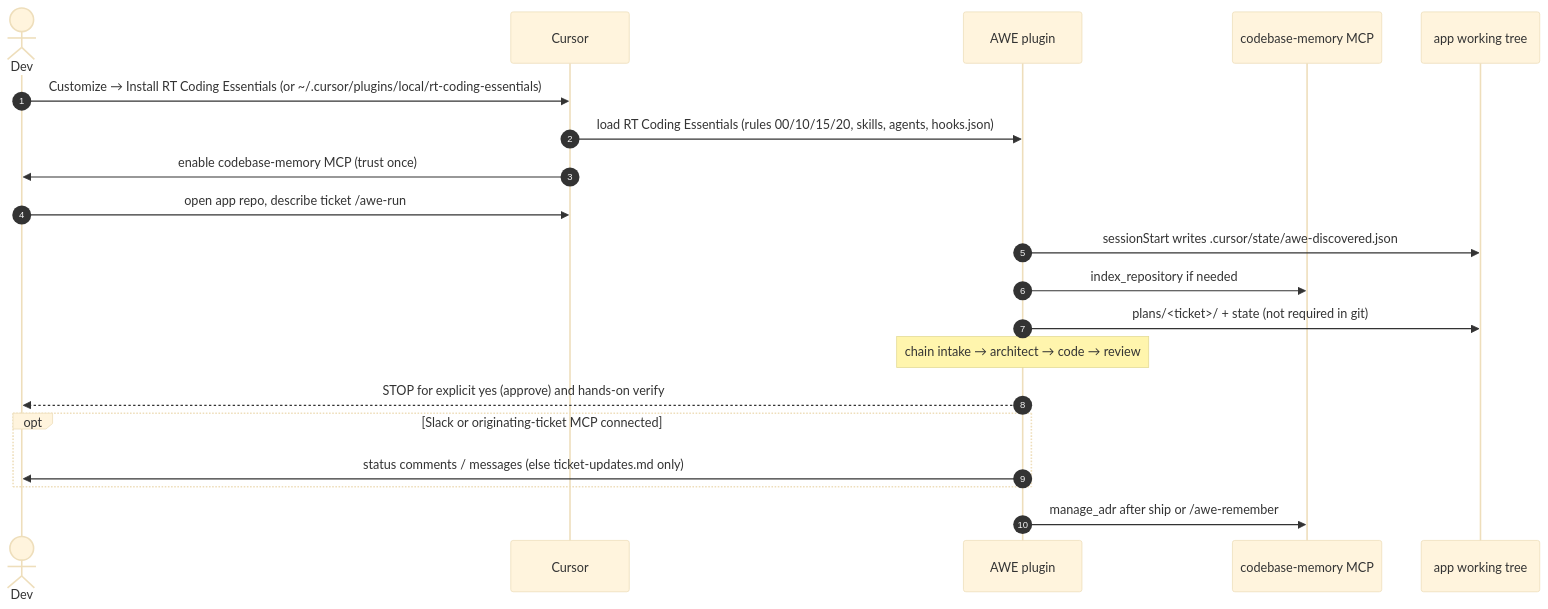
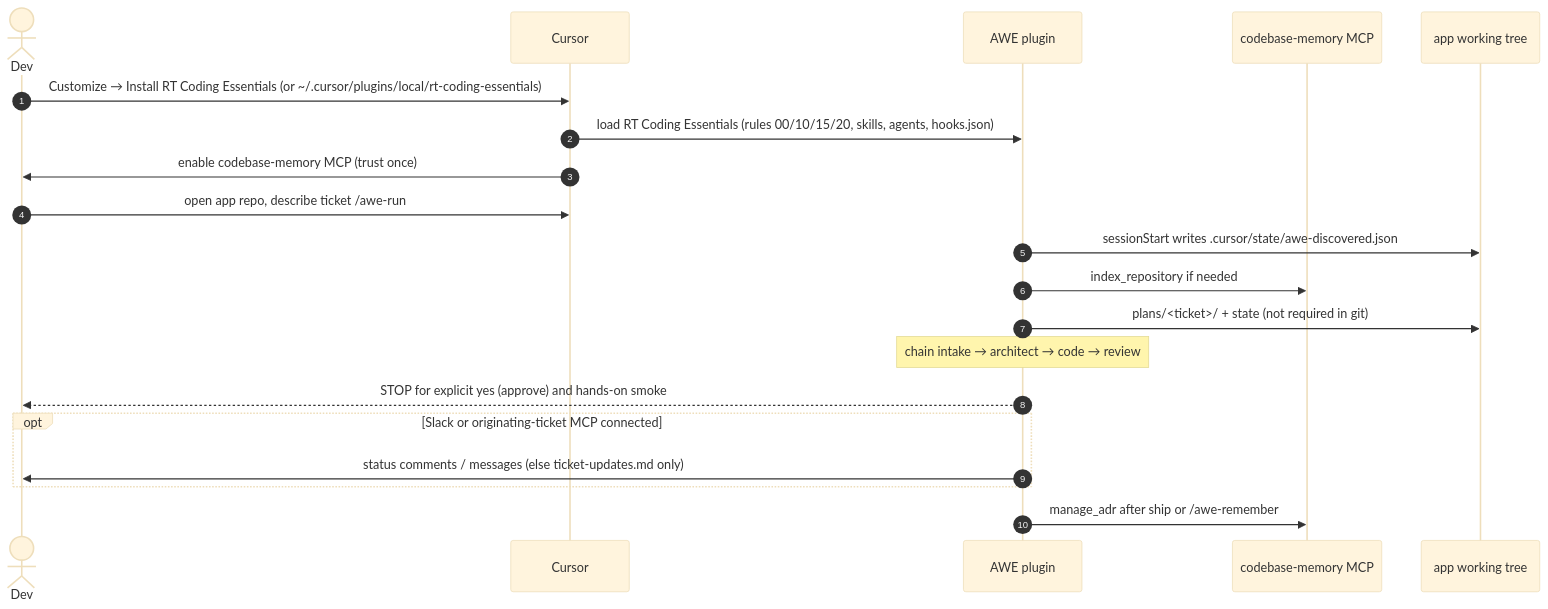
The fourth of 11 diagrams in docs/FLOW.md (muizather/rt-coding-essentials), drawn with Mermaid (base theme) before and after one commit. The commit also changed other lines of this file and 44 other files, not shown here.

First line of the commit message:
Ship smoke tester, fullstack role, and optional architect briefing docs.

````diff
--- a/docs/FLOW.md
+++ b/docs/FLOW.md
@@ -203,23 +203,23 @@
 ```mermaid
 sequenceDiagram
     autonumber
     actor Dev
     participant Cursor
     participant Plugin as AWE plugin
     participant Mem as codebase-memory MCP
     participant App as app working tree
 
     Dev->>Cursor: Customize → Install RT Coding Essentials (or ~/.cursor/plugins/local/rt-coding-essentials)
     Cursor->>Plugin: load RT Coding Essentials (rules 00/10/15/20, skills, agents, hooks.json)
     Cursor->>Dev: enable codebase-memory MCP (trust once)
     Dev->>Cursor: open app repo, describe ticket /awe-run
     Plugin->>App: sessionStart writes .cursor/state/awe-discovered.json
     Plugin->>Mem: index_repository if needed
     Plugin->>App: plans/<ticket>/ + state (not required in git)
     Note over Plugin: chain intake → architect → code → review
-    Plugin-->>Dev: STOP for explicit yes (approve) and hands-on verify
+    Plugin-->>Dev: STOP for explicit yes (approve) and hands-on smoke
     opt Slack or originating-ticket MCP connected
         Plugin->>Dev: status comments / messages (else ticket-updates.md only)
     end
     Plugin->>Mem: manage_adr after ship or /awe-remember
 ```
````
